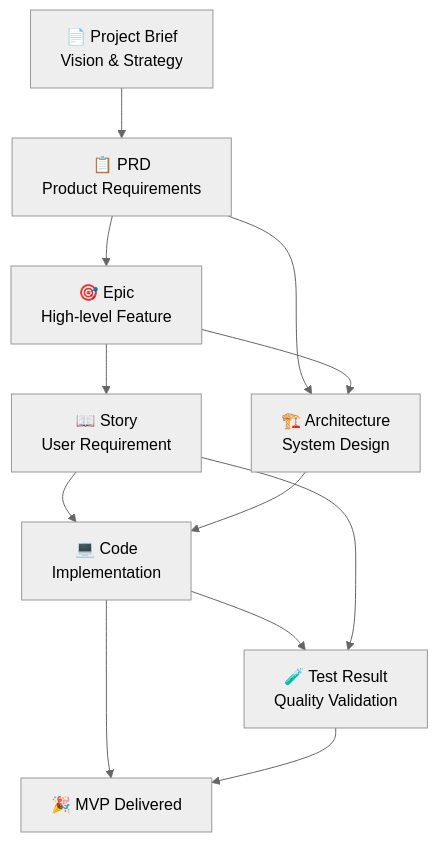
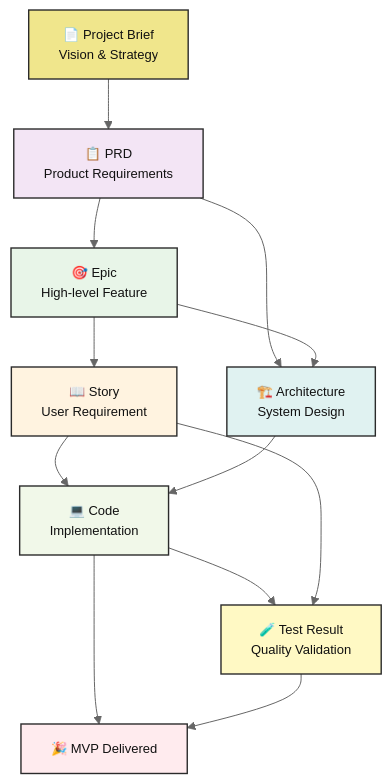
Before and after one commit to KubeRocketCI/kuberocketai: the second of 2 diagrams in docs/architecture.md, drawn with Mermaid (neutral theme). The commit also changed other lines of this file and 6 other files, not shown here.

Commit message:
docs: Align mermaid to dark theme

````diff
--- a/docs/architecture.md
+++ b/docs/architecture.md
@@ -140,17 +141,26 @@
 ```mermaid
 graph TD
     Brief[📄 Project Brief<br/>Vision & Strategy] --> PRD[📋 PRD<br/>Product Requirements]
     PRD --> Epic[🎯 Epic<br/>High-level Feature]
     Epic --> Story[📖 Story<br/>User Requirement]
 
     PRD --> Arch[🏗️ Architecture<br/>System Design]
     Epic --> Arch
     Story --> Code[💻 Code<br/>Implementation]
     Arch --> Code
 
     Code --> Test[🧪 Test Result<br/>Quality Validation]
     Story --> Test
 
     Code --> MVP[🎉 MVP Delivered]
     Test --> MVP
+
+    style Brief fill:#f0e68c,stroke:#2b2b2b,stroke-width:1.4px,color:#111,font-size:13px
+    style PRD   fill:#f3e5f5,stroke:#2b2b2b,stroke-width:1.4px,color:#111,font-size:13px
+    style Epic  fill:#e8f5e8,stroke:#2b2b2b,stroke-width:1.4px,color:#111,font-size:13px
+    style Story fill:#fff3e0,stroke:#2b2b2b,stroke-width:1.4px,color:#111,font-size:13px
+    style Arch  fill:#e0f2f1,stroke:#2b2b2b,stroke-width:1.4px,color:#111,font-size:13px
+    style Code  fill:#f1f8e9,stroke:#2b2b2b,stroke-width:1.4px,color:#111,font-size:13px
+    style Test  fill:#fff9c4,stroke:#2b2b2b,stroke-width:1.4px,color:#111,font-size:13px
+    style MVP   fill:#ffebee,stroke:#2b2b2b,stroke-width:1.4px,color:#111,font-size:13px
 ```
````
